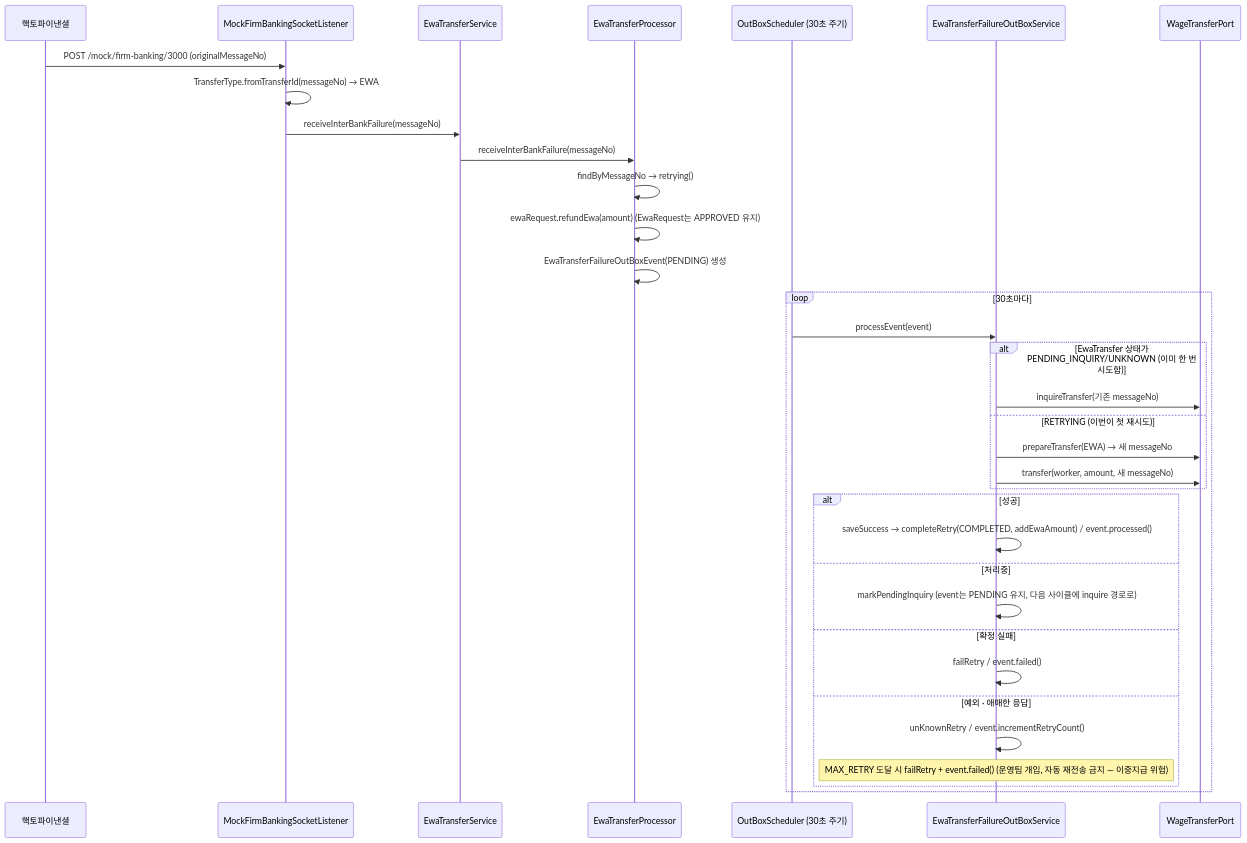
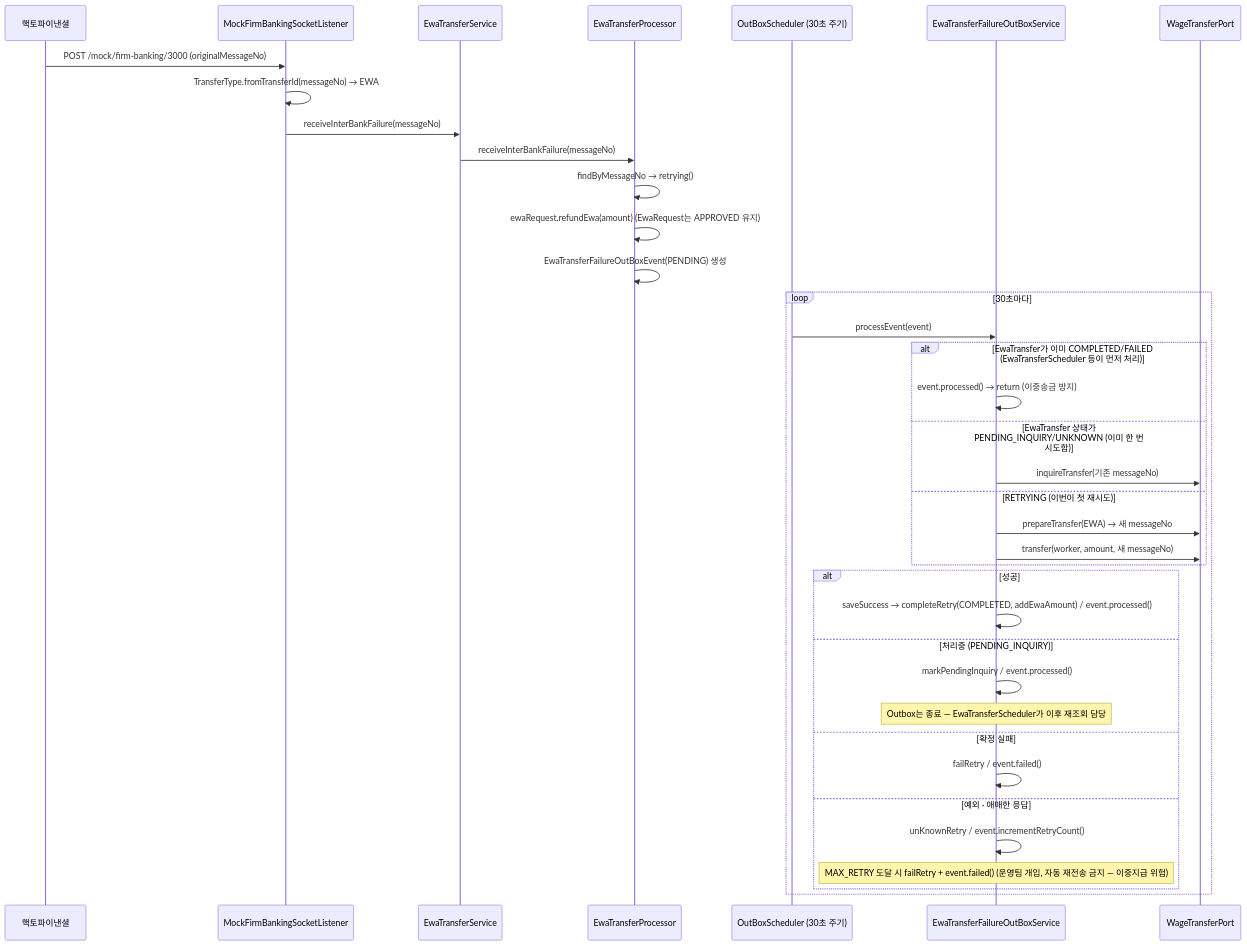
The third of 5 diagrams in docs/diagrams/sequence-diagram.md (YOUHEETAE/wage-clock), drawn with Mermaid before and after one commit. The commit also changed other lines of this file and 8 other files, not shown here.

Commit message:
refactor: split EWA transfer error handling and fix outbox double-payment risk

````diff
--- a/docs/diagrams/sequence-diagram.md
+++ b/docs/diagrams/sequence-diagram.md
@@ -90,38 +94,41 @@
 ```mermaid
 sequenceDiagram
     participant Bank as 핵토파이낸셜
     participant Listener as MockFirmBankingSocketListener
     participant EwaTransferService
     participant EwaTransferProcessor
     participant OutboxScheduler as OutBoxScheduler (30초 주기)
     participant OutboxService as EwaTransferFailureOutBoxService
     participant WageTransferPort
 
     Bank->>Listener: POST /mock/firm-banking/3000 (originalMessageNo)
     Listener->>Listener: TransferType.fromTransferId(messageNo) → EWA
     Listener->>EwaTransferService: receiveInterBankFailure(messageNo)
     EwaTransferService->>EwaTransferProcessor: receiveInterBankFailure(messageNo)
     EwaTransferProcessor->>EwaTransferProcessor: findByMessageNo → retrying()
     EwaTransferProcessor->>EwaTransferProcessor: ewaRequest.refundEwa(amount) (EwaRequest는 APPROVED 유지)
     EwaTransferProcessor->>EwaTransferProcessor: EwaTransferFailureOutBoxEvent(PENDING) 생성
 
     loop 30초마다
         OutboxScheduler->>OutboxService: processEvent(event)
-        alt EwaTransfer 상태가 PENDING_INQUIRY/UNKNOWN (이미 한 번 시도함)
+        alt EwaTransfer가 이미 COMPLETED/FAILED (EwaTransferScheduler 등이 먼저 처리)
+            OutboxService->>OutboxService: event.processed() → return (이중송금 방지)
+        else EwaTransfer 상태가 PENDING_INQUIRY/UNKNOWN (이미 한 번 시도함)
             OutboxService->>WageTransferPort: inquireTransfer(기존 messageNo)
         else RETRYING (이번이 첫 재시도)
             OutboxService->>WageTransferPort: prepareTransfer(EWA) → 새 messageNo
             OutboxService->>WageTransferPort: transfer(worker, amount, 새 messageNo)
         end
         alt 성공
             OutboxService->>OutboxService: saveSuccess → completeRetry(COMPLETED, addEwaAmount) / event.processed()
-        else 처리중
-            OutboxService->>OutboxService: markPendingInquiry (event는 PENDING 유지, 다음 사이클에 inquire 경로로)
+        else 처리중 (PENDING_INQUIRY)
+            OutboxService->>OutboxService: markPendingInquiry / event.processed()
+            Note over OutboxService: Outbox는 종료 — EwaTransferScheduler가 이후 재조회 담당
         else 확정 실패
             OutboxService->>OutboxService: failRetry / event.failed()
         else 예외 · 애매한 응답
             OutboxService->>OutboxService: unKnownRetry / event.incrementRetryCount()
             Note over OutboxService: MAX_RETRY 도달 시 failRetry + event.failed() (운영팀 개입, 자동 재전송 금지 — 이중지급 위험)
         end
     end
 ```
````
